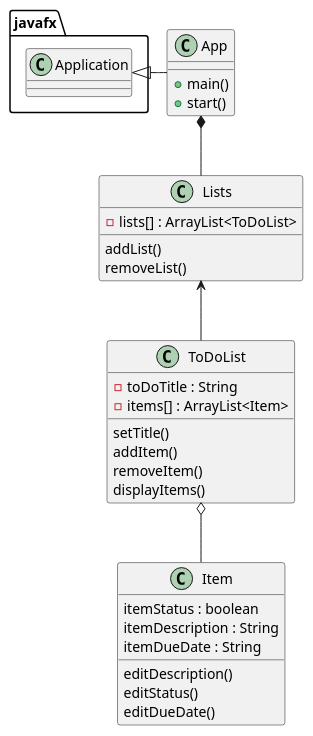
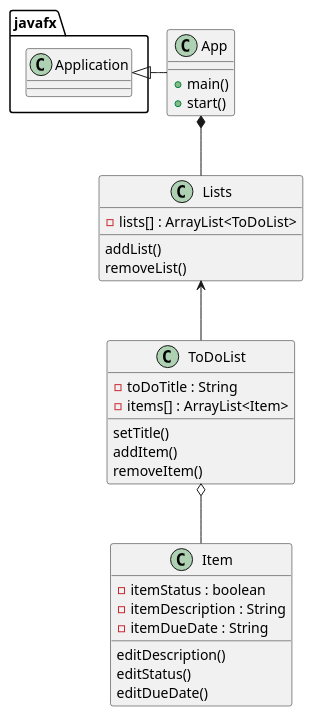
The diagram in PUML/Assignment4.puml (nick-vigg/Viggiani-cop330-Assignment4), drawn with PlantUML before and after one commit. The commit also changed 6 other files, not shown here.

```diff
--- a/PUML/Assignment4.puml
+++ b/PUML/Assignment4.puml
@@ -1,41 +1,42 @@
 @startuml
 'https://plantuml.com/class-diagram
 
 
 
 class App {
 + main()
 + start()
 }
 
 class Lists{
 -lists[] : ArrayList<ToDoList>
 addList()
 removeList()
 }
 
 class ToDoList {
 - toDoTitle : String
 - items[] : ArrayList<Item>
 setTitle()
 addItem()
 removeItem()
-displayItems()
 }
 
 class Item {
-itemStatus : boolean
-itemDescription : String
-itemDueDate : String
+- itemStatus : boolean
+- itemDescription : String
+- itemDueDate : String
 
 editDescription()
 editStatus()
 editDueDate()
 }
+
+
 
 javafx.Application <|- App
 App *-- Lists
 Lists <-- ToDoList
 ToDoList o-- Item
 
 @enduml
```
